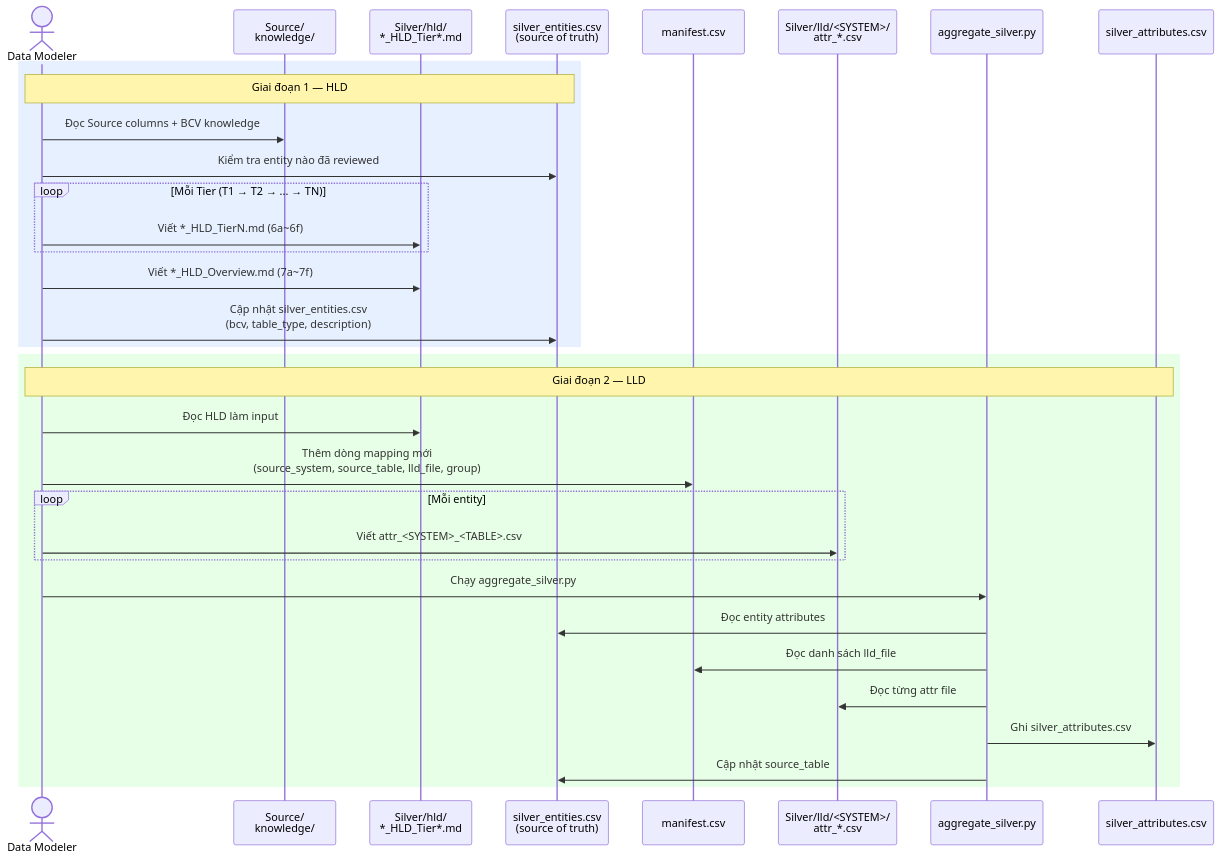
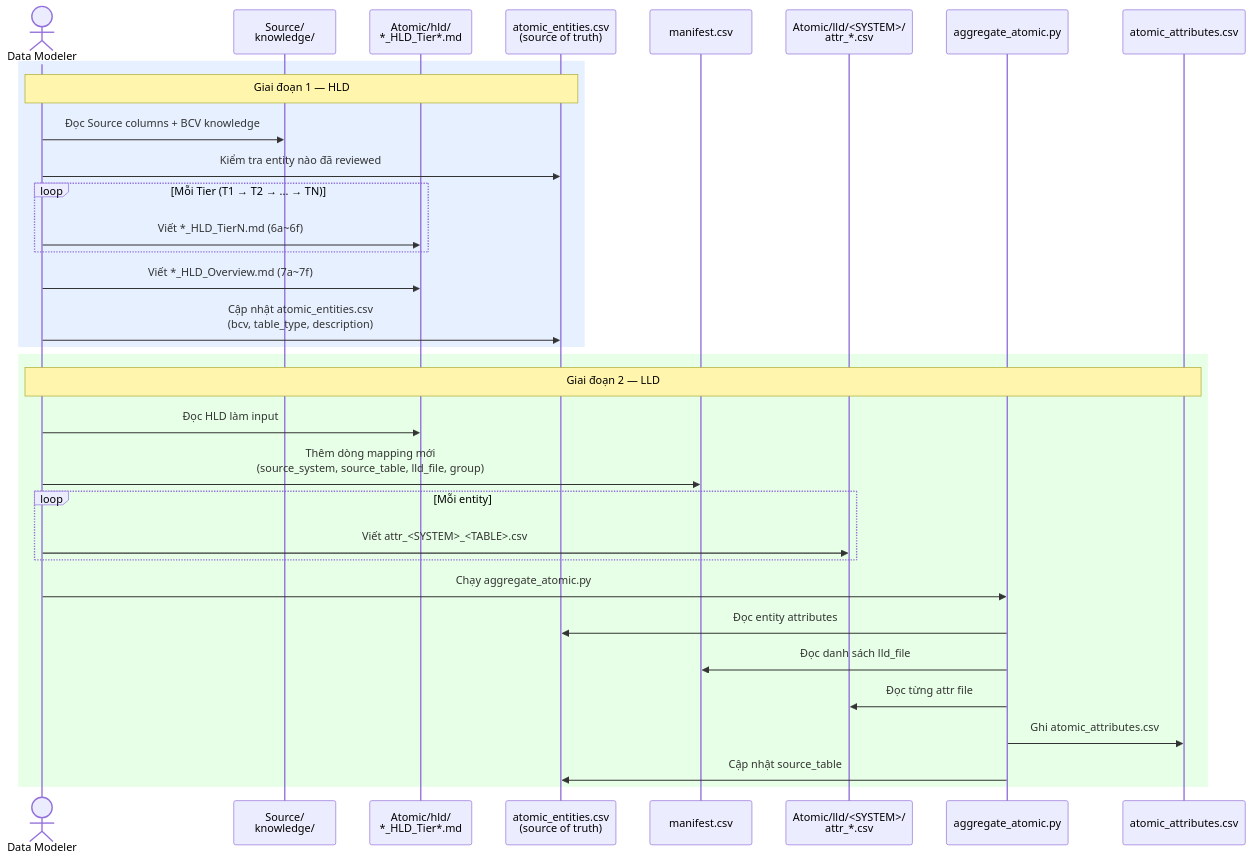
The first of 3 diagrams in README.md (linhlvit/ubck_atomic_design), drawn with Mermaid before and after one commit. The commit also changed other lines of this file and 588 other files, not shown here.

Commit message:
update Silver to Atomic

````diff
--- a/README.md
+++ b/README.md
@@ -53,37 +53,37 @@
 ```mermaid
 sequenceDiagram
     actor DM as Data Modeler
     participant SRC as Source/<br/>knowledge/
-    participant HLD as Silver/hld/<br/>*_HLD_Tier*.md
-    participant SE as silver_entities.csv<br/>(source of truth)
+    participant HLD as Atomic/hld/<br/>*_HLD_Tier*.md
+    participant SE as atomic_entities.csv<br/>(source of truth)
     participant MF as manifest.csv
-    participant LLD as Silver/lld/<SYSTEM>/<br/>attr_*.csv
-    participant AGG as aggregate_silver.py
-    participant OUT as silver_attributes.csv
+    participant LLD as Atomic/lld/<SYSTEM>/<br/>attr_*.csv
+    participant AGG as aggregate_atomic.py
+    participant OUT as atomic_attributes.csv
 
     rect rgb(230, 240, 255)
         note over DM,SE: Giai đoạn 1 — HLD
         DM->>SRC: Đọc Source columns + BCV knowledge
         DM->>SE: Kiểm tra entity nào đã reviewed
         loop Mỗi Tier (T1 → T2 → ... → TN)
             DM->>HLD: Viết *_HLD_TierN.md (6a~6f)
         end
         DM->>HLD: Viết *_HLD_Overview.md (7a~7f)
-        DM->>SE: Cập nhật silver_entities.csv<br/>(bcv, table_type, description)
+        DM->>SE: Cập nhật atomic_entities.csv<br/>(bcv, table_type, description)
     end
 
     rect rgb(230, 255, 230)
         note over DM,OUT: Giai đoạn 2 — LLD
         DM->>HLD: Đọc HLD làm input
         DM->>MF: Thêm dòng mapping mới<br/>(source_system, source_table, lld_file, group)
         loop Mỗi entity
             DM->>LLD: Viết attr_<SYSTEM>_<TABLE>.csv
         end
-        DM->>AGG: Chạy aggregate_silver.py
+        DM->>AGG: Chạy aggregate_atomic.py
         AGG->>SE: Đọc entity attributes
         AGG->>MF: Đọc danh sách lld_file
         AGG->>LLD: Đọc từng attr file
-        AGG->>OUT: Ghi silver_attributes.csv
+        AGG->>OUT: Ghi atomic_attributes.csv
         AGG->>SE: Cập nhật source_table
     end
 ```
````
